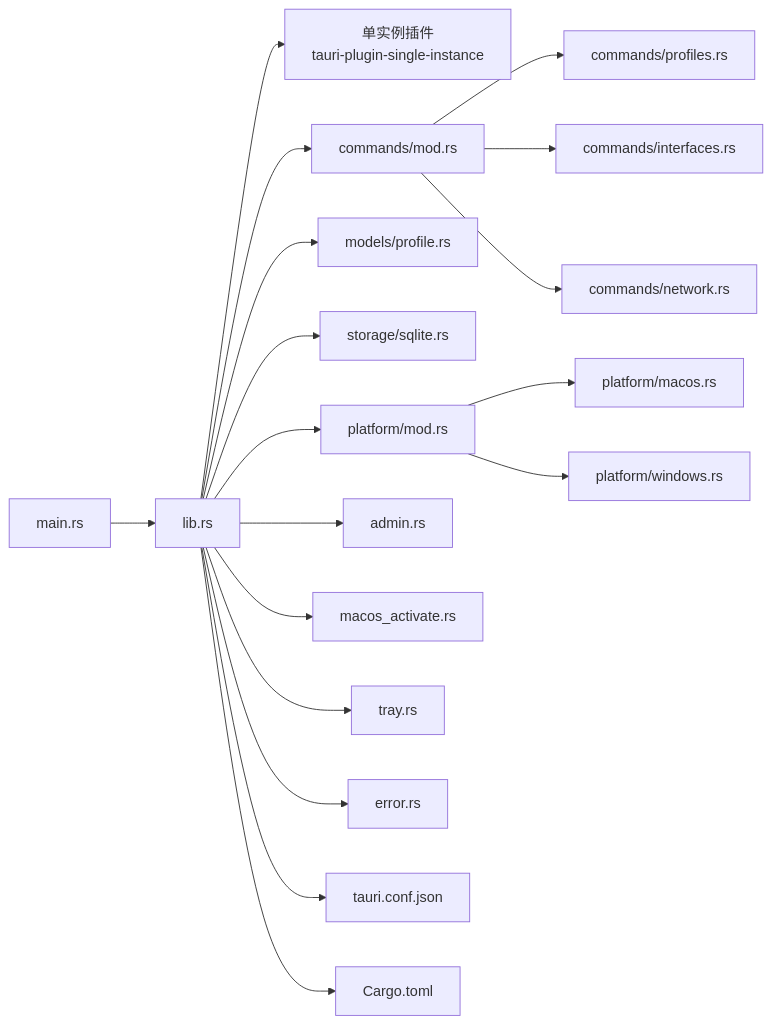
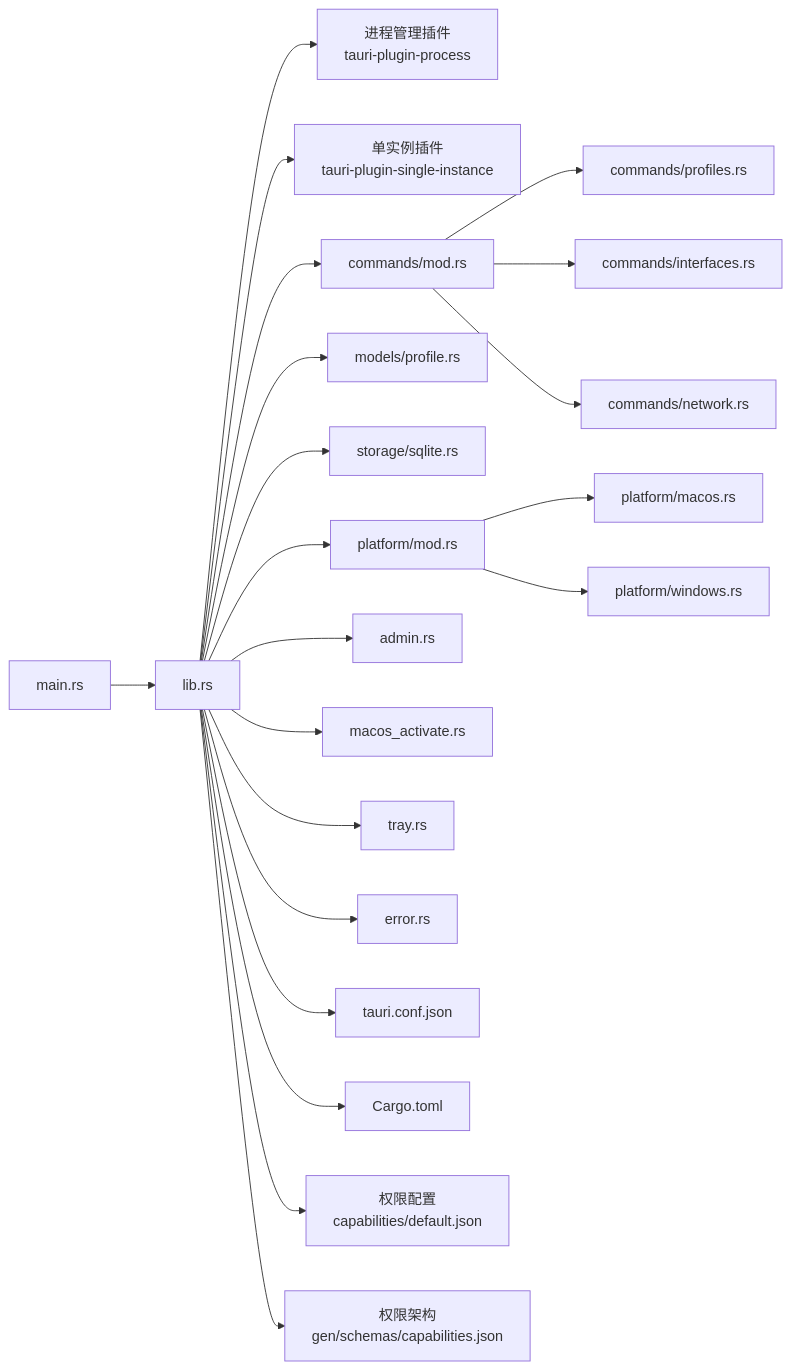
Before and after one commit to xdongliang/IPSwitcher: the sixth of 6 diagrams in .qoder/repowiki/zh/content/后端开发指南/后端开发指南.md, drawn with Mermaid. The commit also changed other lines of this file and 3 other files, not shown here.

````diff
--- a/.qoder/repowiki/zh/content/后端开发指南/后端开发指南.md
+++ b/.qoder/repowiki/zh/content/后端开发指南/后端开发指南.md
@@ -389,20 +426,23 @@
 ```mermaid
 graph LR
 M["main.rs"] --> L["lib.rs"]
+L --> PROC["进程管理插件<br/>tauri-plugin-process"]
 L --> SI["单实例插件<br/>tauri-plugin-single-instance"]
 L --> CM["commands/mod.rs"]
 CM --> CP["commands/profiles.rs"]
 CM --> CI["commands/interfaces.rs"]
 CM --> CN["commands/network.rs"]
 L --> MD["models/profile.rs"]
 L --> ST["storage/sqlite.rs"]
 L --> PL["platform/mod.rs"]
 PL --> PM1["platform/macos.rs"]
 PL --> PW1["platform/windows.rs"]
 L --> AD["admin.rs"]
 L --> MA["macos_activate.rs"]
 L --> TR["tray.rs"]
 L --> ER["error.rs"]
 L --> CF["tauri.conf.json"]
 L --> CT["Cargo.toml"]
+L --> CAP["权限配置<br/>capabilities/default.json"]
+L --> SCHEMA["权限架构<br/>gen/schemas/capabilities.json"]
 ```
````
